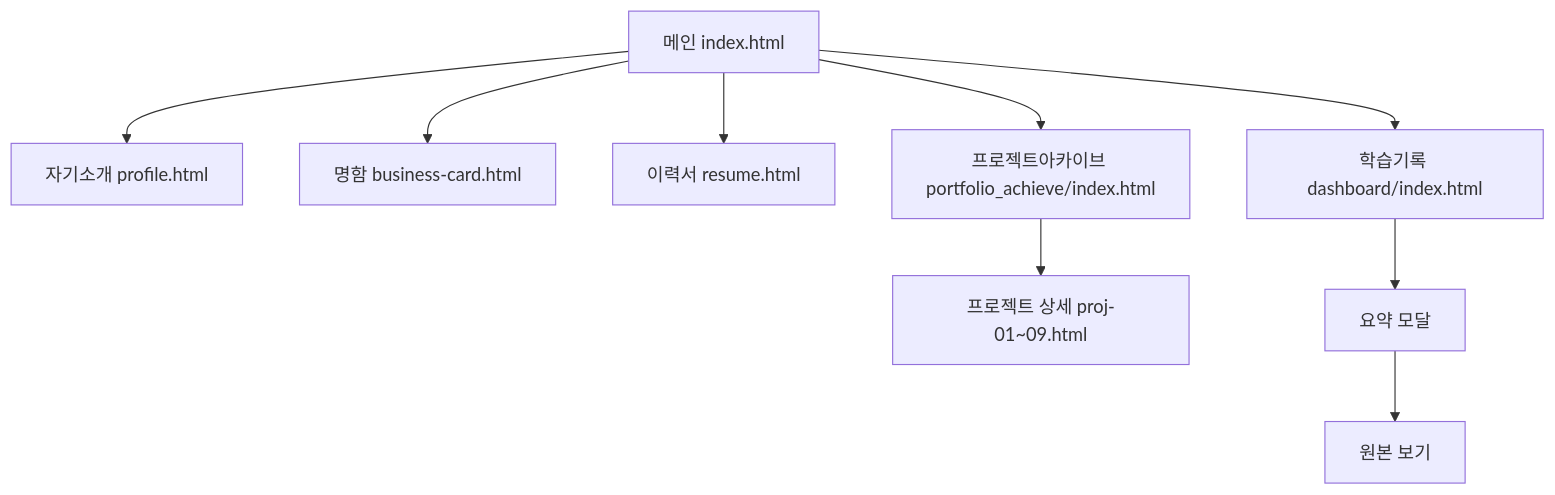
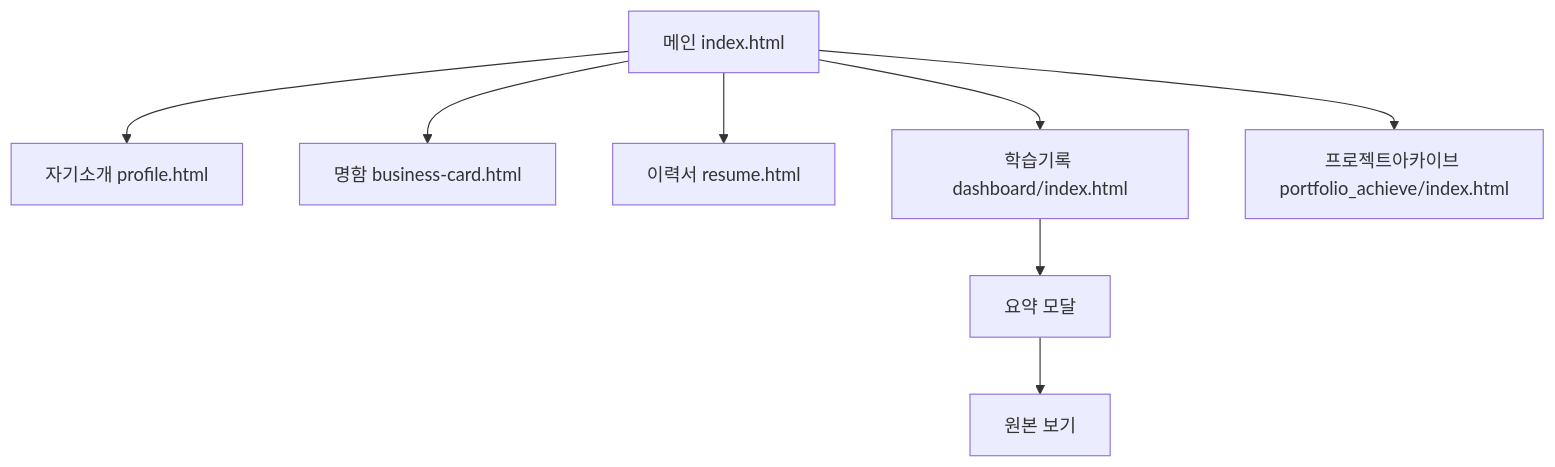
The diagram in docs/specs/05-screen-flow.md (ackdark23358/ackdark23358.github.io), drawn with Mermaid before and after one commit. The commit also changed other lines of this file and 34 other files, not shown here.

````diff
--- a/docs/specs/05-screen-flow.md
+++ b/docs/specs/05-screen-flow.md
@@ -5,20 +5,18 @@
 ```mermaid
 flowchart TD
   main[메인 index.html]
   letter[자기소개 profile.html]
   card[명함 business-card.html]
   resume[이력서 resume.html]
   dash[학습기록 dashboard/index.html]
   archive[프로젝트아카이브 portfolio_achieve/index.html]
-  proj[프로젝트 상세 proj-01~09.html]
   modal[요약 모달]
   source[원본 보기]
   main --> letter
   main --> card
   main --> resume
   main --> dash
   main --> archive
-  archive --> proj
   dash --> modal
   modal --> source
 ```
````
